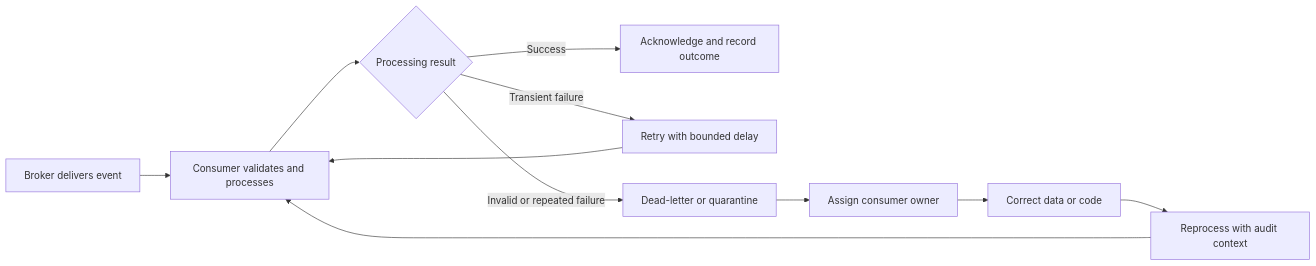
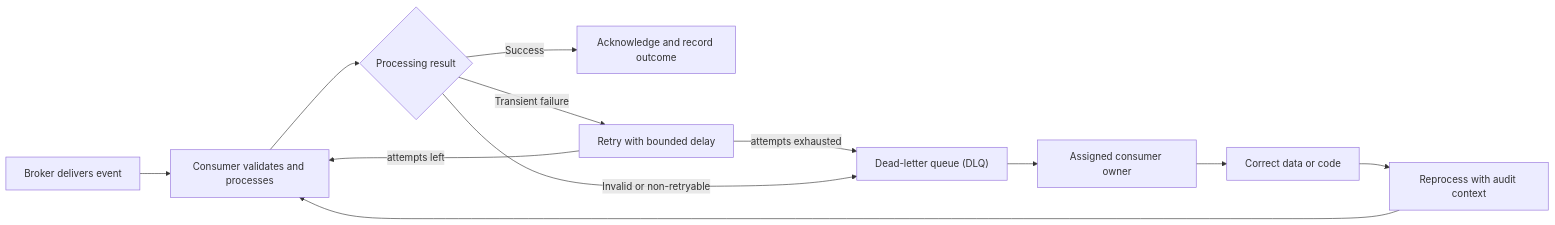
Before and after one commit to joydasss/Architect: diagram 12 of 17 in 20_Architecture_Patterns/CH07_Event_Driven_Architecture.md, drawn with Mermaid. The commit also changed other lines of this file and 295 other files, not shown here.

````diff
--- a/20_Architecture_Patterns/CH07_Event_Driven_Architecture.md
+++ b/20_Architecture_Patterns/CH07_Event_Driven_Architecture.md
@@ -65,13 +745,14 @@
 ```mermaid
 flowchart LR
-    Broker[Broker delivers event] --> Consumer[Consumer validates and processes]
-    Consumer --> Outcome{Processing result}
-    Outcome -->|Success| Ack[Acknowledge and record outcome]
-    Outcome -->|Transient failure| Retry[Retry with bounded delay]
-    Retry --> Consumer
-    Outcome -->|Invalid or repeated failure| Dead[Dead-letter or quarantine]
-    Dead --> Owner[Assign consumer owner]
-    Owner --> Repair[Correct data or code]
-    Repair --> Replay[Reprocess with audit context]
+    Broker["Broker delivers event"] --> Consumer["Consumer validates and processes"]
+    Consumer --> Outcome{"Processing result"}
+    Outcome -->|"Success"| Ack["Acknowledge and record outcome"]
+    Outcome -->|"Transient failure"| Retry["Retry with bounded delay"]
+    Retry -->|"attempts left"| Consumer
+    Retry -->|"attempts exhausted"| Dead["Dead-letter queue (DLQ)"]
+    Outcome -->|"Invalid or non-retryable"| Dead
+    Dead --> Owner["Assigned consumer owner"]
+    Owner --> Repair["Correct data or code"]
+    Repair --> Replay["Reprocess with audit context"]
     Replay --> Consumer
 ```
````
